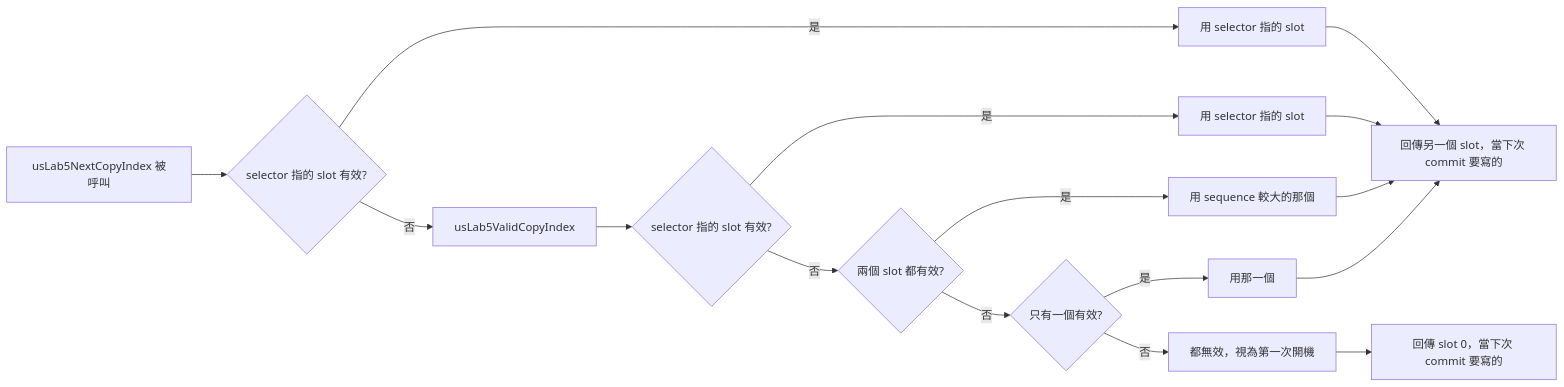
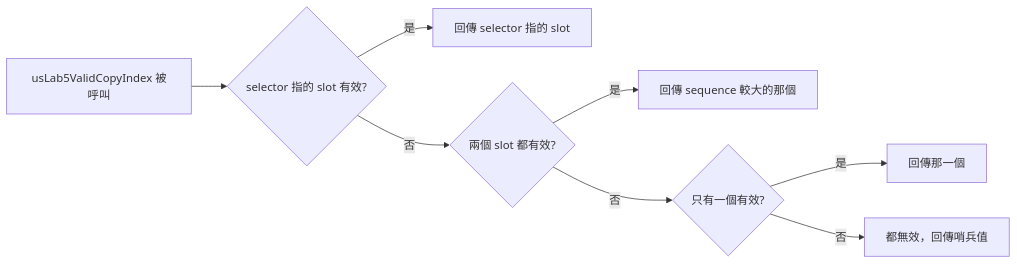
One commit to Esther125/rtos-labs changed the second of 2 diagrams in lab5/lab5.md. Above: the diagram before and after it, drawn with Mermaid. The commit also changed other lines of this file and 2 other files, not shown here.

Commit message:
refactor(lab5): simplify checkpoint slot selection and drop non-essential validity checks

````diff
--- a/lab5/lab5.md
+++ b/lab5/lab5.md
@@ -94,18 +96,10 @@
     ```mermaid
     flowchart LR
-        A[usLab5NextCopyIndex 被呼叫] --> B{selector 指的 slot 有效?}
-        B -- 是 --> K[用 selector 指的 slot]
-        B -- 否 --> C[usLab5ValidCopyIndex]
-        C --> D{selector 指的 slot 有效?}
-        D -- 是 --> E[用 selector 指的 slot]
-        D -- 否 --> F{兩個 slot 都有效?}
-        F -- 是 --> G[用 sequence 較大的那個]
-        F -- 否 --> H{只有一個有效?}
-        H -- 是 --> I[用那一個]
-        H -- 否 --> J[都無效，視為第一次開機]
-        K --> L[回傳另一個 slot，當下次 commit 要寫的]
-        E --> L
-        G --> L
-        I --> L
-        J --> M[回傳 slot 0，當下次 commit 要寫的]
+        A[usLab5ValidCopyIndex 被呼叫] --> B{selector 指的 slot 有效?}
+        B -- 是 --> C[回傳 selector 指的 slot]
+        B -- 否 --> D{兩個 slot 都有效?}
+        D -- 是 --> E[回傳 sequence 較大的那個]
+        D -- 否 --> F{只有一個有效?}
+        F -- 是 --> G[回傳那一個]
+        F -- 否 --> H[都無效，回傳哨兵值]
     ```
````
